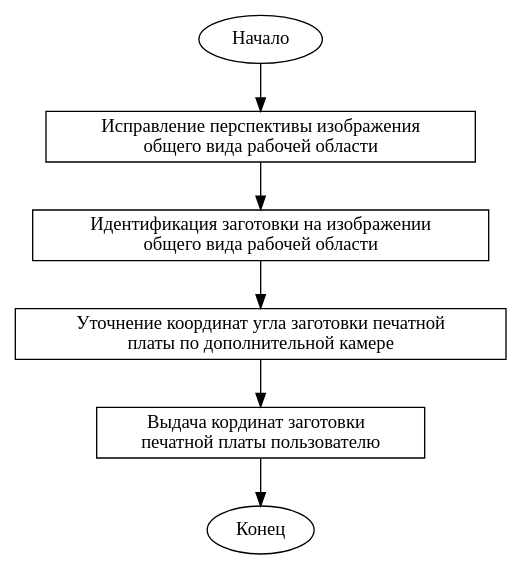
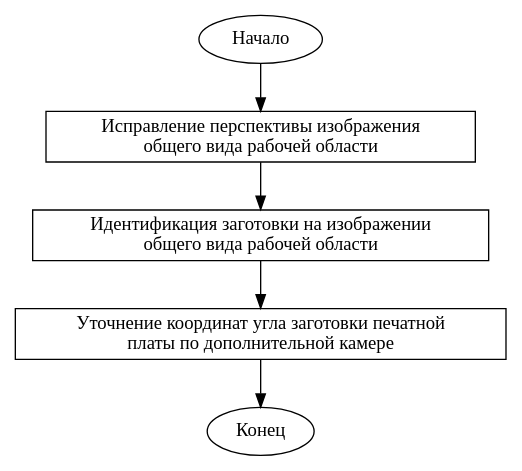
One commit to daniel-kurushin/pyCNC changed the diagram in articles/identification_of_the_workspace/algo.dot. Above: the diagram before and after it, drawn with Graphviz. The commit also changed 2 other files, not shown here.

```diff
--- a/articles/identification_of_the_workspace/algo.dot
+++ b/articles/identification_of_the_workspace/algo.dot
@@ -1,14 +1,13 @@
 digraph "round-table" {
     A [label="Начало"]
     B [label="Исправление перспективы изображения \n общего вида рабочей области", shape=box]
     C [label="Идентификация заготовки на изображении \n общего вида рабочей области", shape=box]
 
     D [label="Уточнение координат угла заготовки печатной \n платы по дополнительной камере", shape=box]
-    E [label="Выдача кординат заготовки  \n печатной платы пользователю", shape=box]
+
     L [label="Конец"]
     A -> B
     B -> C
     C -> D 
-    D -> E
-    E -> L    
+    D -> L    
 }
```
